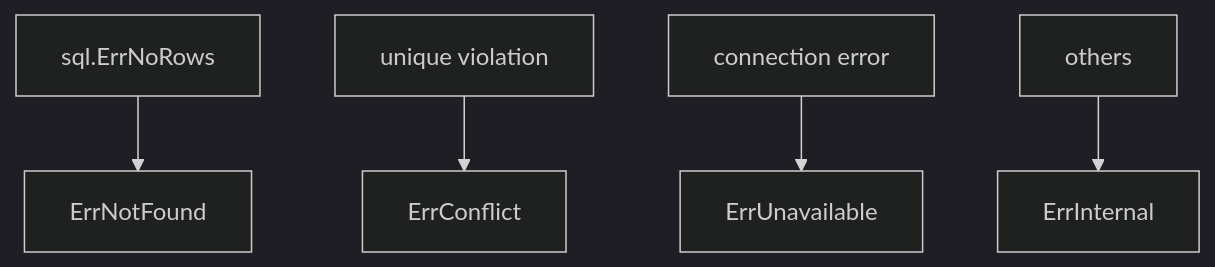
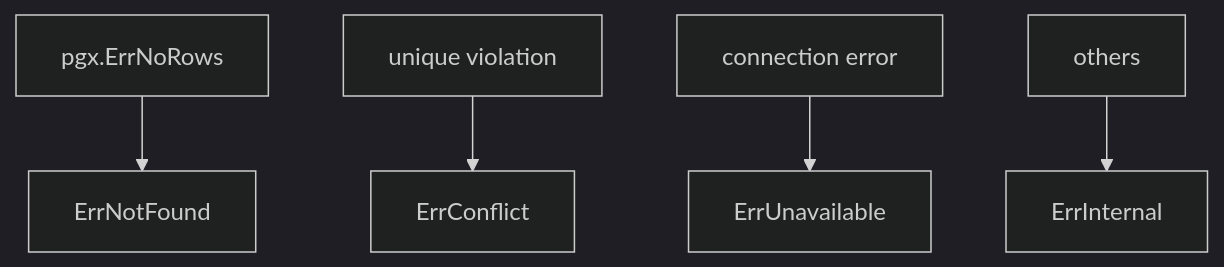
Before and after one commit to Tomy-ch/go-boilerplate: the fourth of 6 diagrams in internal/infrastructure/rdb/query_service/README.ja.md, drawn with Mermaid (dark theme). The commit also changed other lines of this file and 19 other files, not shown here.

````diff
--- a/internal/infrastructure/rdb/query_service/README.ja.md
+++ b/internal/infrastructure/rdb/query_service/README.ja.md
@@ -276,7 +257,7 @@
 ```mermaid
 flowchart TB
-    A["sql.ErrNoRows"] --> B["ErrNotFound"]
+    A["pgx.ErrNoRows"] --> B["ErrNotFound"]
     C["unique violation"] --> D["ErrConflict"]
     E["connection error"] --> F["ErrUnavailable"]
     G["others"] --> H["ErrInternal"]
 ```
````
